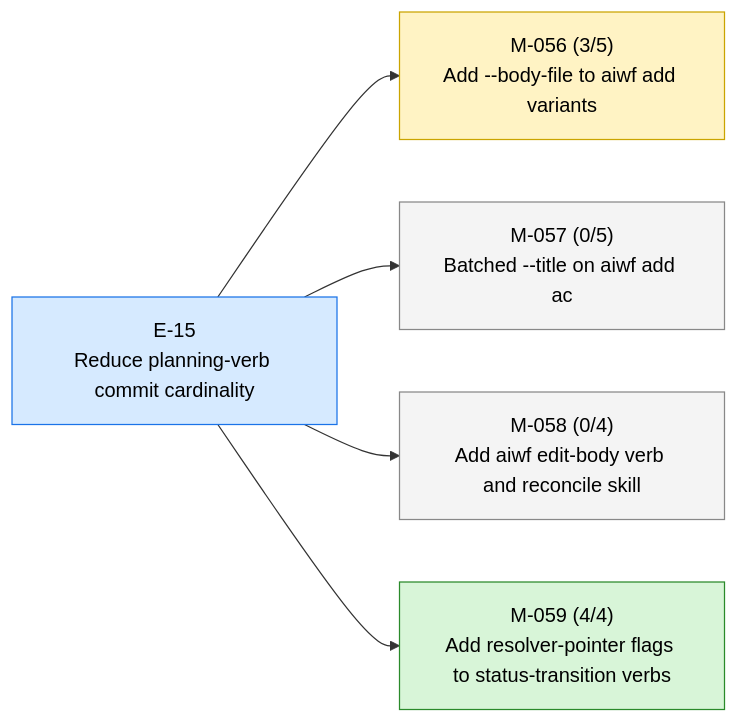
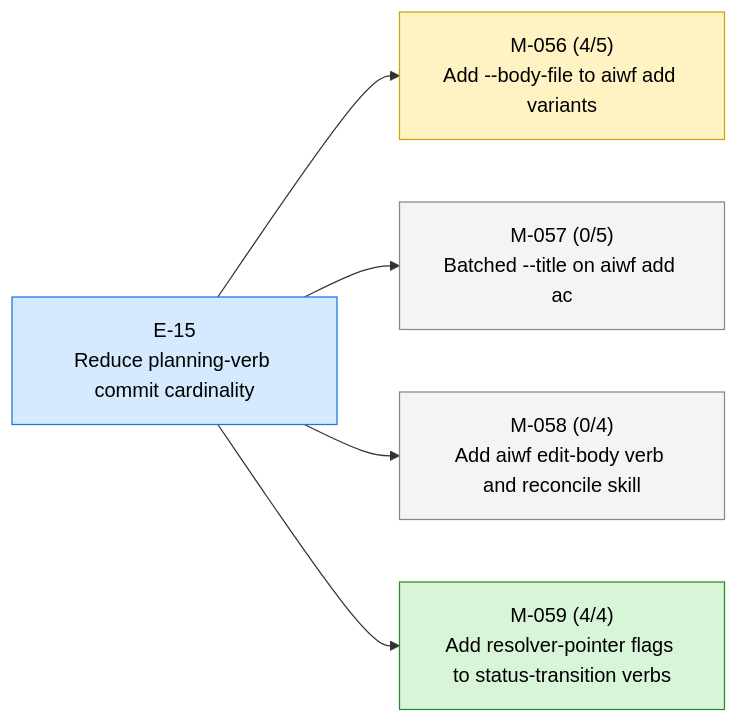
One commit to 23min/aiwf changed the first of 3 diagrams in STATUS.md. Above: the diagram before and after it, drawn with Mermaid. The commit also changed other lines of this file and 1 other file, not shown here.

First line of the commit message:
aiwf promote M-056/AC-4 open -> met

````diff
--- a/STATUS.md
+++ b/STATUS.md
@@ -14,18 +14,18 @@
 ```mermaid
 flowchart LR
   E_15["E-15<br/>Reduce planning-verb commit cardinality"]:::epic_active
-  M_056["M-056 (3/5)<br/>Add --body-file to aiwf add variants"]:::ms_in_progress
+  M_056["M-056 (4/5)<br/>Add --body-file to aiwf add variants"]:::ms_in_progress
   E_15 --> M_056
   M_057["M-057 (0/5)<br/>Batched --title on aiwf add ac"]:::ms_draft
   E_15 --> M_057
   M_058["M-058 (0/4)<br/>Add aiwf edit-body verb and reconcile skill"]:::ms_draft
   E_15 --> M_058
   M_059["M-059 (4/4)<br/>Add resolver-pointer flags to status-transition verbs"]:::ms_done
   E_15 --> M_059
   classDef epic_active fill:#d6eaff,stroke:#1a73e8,color:#000
   classDef epic_proposed fill:#f4f4f4,stroke:#888,color:#000
   classDef ms_done fill:#d8f5d8,stroke:#2a8a2a,color:#000
   classDef ms_in_progress fill:#fff3c4,stroke:#caa400,color:#000
   classDef ms_draft fill:#f4f4f4,stroke:#888,color:#000
   classDef ms_cancelled fill:#fbeaea,stroke:#c33,color:#000
 ```
````
